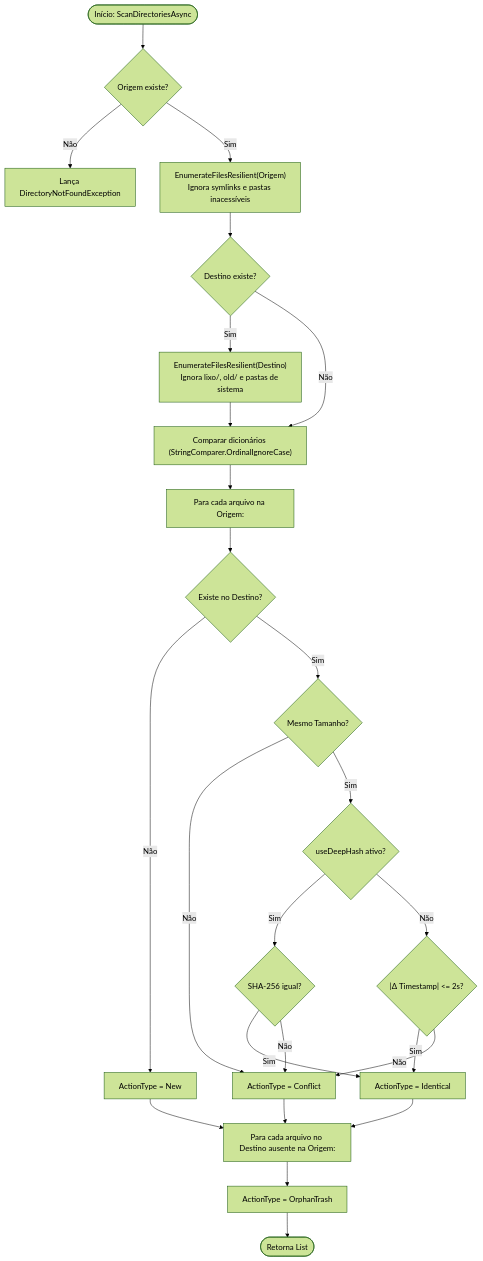
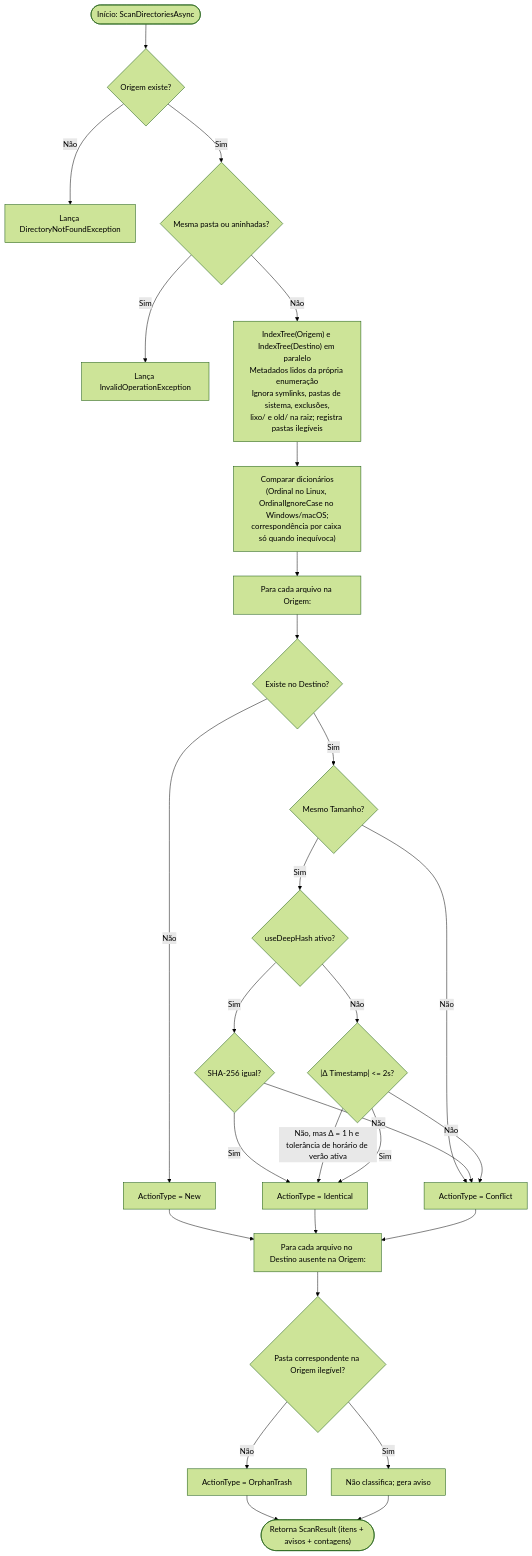
Before and after one commit to KuriakinToscan/OmniSync: the second of 2 diagrams in docs/DOCUMENTACAO_TECNICA.md, drawn with Mermaid (forest theme). The commit also changed other lines of this file and 2 other files, not shown here.

````diff
--- a/docs/DOCUMENTACAO_TECNICA.md
+++ b/docs/DOCUMENTACAO_TECNICA.md
@@ -80,25 +83,27 @@
 ```mermaid
 flowchart TD
     Start(["Início: ScanDirectoriesAsync"]) --> CheckSrc{"Origem existe?"}
     CheckSrc -- Não --> ThrowErr["Lança DirectoryNotFoundException"]
-    CheckSrc -- Sim --> IndexSrc["EnumerateFilesResilient(Origem)<br/>Ignora symlinks e pastas inacessíveis"]
-    IndexSrc --> CheckDst{"Destino existe?"}
-    CheckDst -- Sim --> IndexDst["EnumerateFilesResilient(Destino)<br/>Ignora lixo/, old/ e pastas de sistema"]
-    CheckDst -- Não --> Compare["Comparar dicionários (StringComparer.OrdinalIgnoreCase)"]
-    IndexDst --> Compare
+    CheckSrc -- Sim --> Validate{"Mesma pasta ou aninhadas?"}
+    Validate -- Sim --> ThrowNest["Lança InvalidOperationException"]
+    Validate -- Não --> Index["IndexTree(Origem) e IndexTree(Destino) em paralelo<br/>Metadados lidos da própria enumeração<br/>Ignora symlinks, pastas de sistema, exclusões,<br/>lixo/ e old/ na raiz; registra pastas ilegíveis"]
+    Index --> Compare["Comparar dicionários<br/>(Ordinal no Linux, OrdinalIgnoreCase no Windows/macOS;<br/>correspondência por caixa só quando inequívoca)"]
     Compare --> LoopSrc["Para cada arquivo na Origem:"]
     LoopSrc --> ExistsInDst{"Existe no Destino?"}
     ExistsInDst -- Não --> MarkNew["ActionType = New"]
     ExistsInDst -- Sim --> CheckSize{"Mesmo Tamanho?"}
     CheckSize -- Não --> MarkConflict["ActionType = Conflict"]
     CheckSize -- Sim --> CheckHashOpt{"useDeepHash ativo?"}
     CheckHashOpt -- Sim --> CompareHash{"SHA-256 igual?"}
     CheckHashOpt -- Não --> CompareTime{"|Δ Timestamp| <= 2s?"}
     CompareHash -- Sim --> MarkIdentical["ActionType = Identical"]
+    CompareTime -- "Não, mas Δ = 1 h e tolerância de horário de verão ativa" --> MarkIdentical
     CompareHash -- Não --> MarkConflict
     CompareTime -- Sim --> MarkIdentical
     CompareTime -- Não --> MarkConflict
     MarkNew & MarkIdentical & MarkConflict --> LoopOrphans["Para cada arquivo no Destino ausente na Origem:"]
-    LoopOrphans --> MarkOrphan["ActionType = OrphanTrash"]
-    MarkOrphan --> End(["Retorna List<SyncItem>"])
+    LoopOrphans --> Unreadable{"Pasta correspondente na Origem ilegível?"}
+    Unreadable -- Sim --> Protect["Não classifica; gera aviso"]
+    Unreadable -- Não --> MarkOrphan["ActionType = OrphanTrash"]
+    MarkOrphan & Protect --> End(["Retorna ScanResult (itens + avisos + contagens)"])
 ```
````
